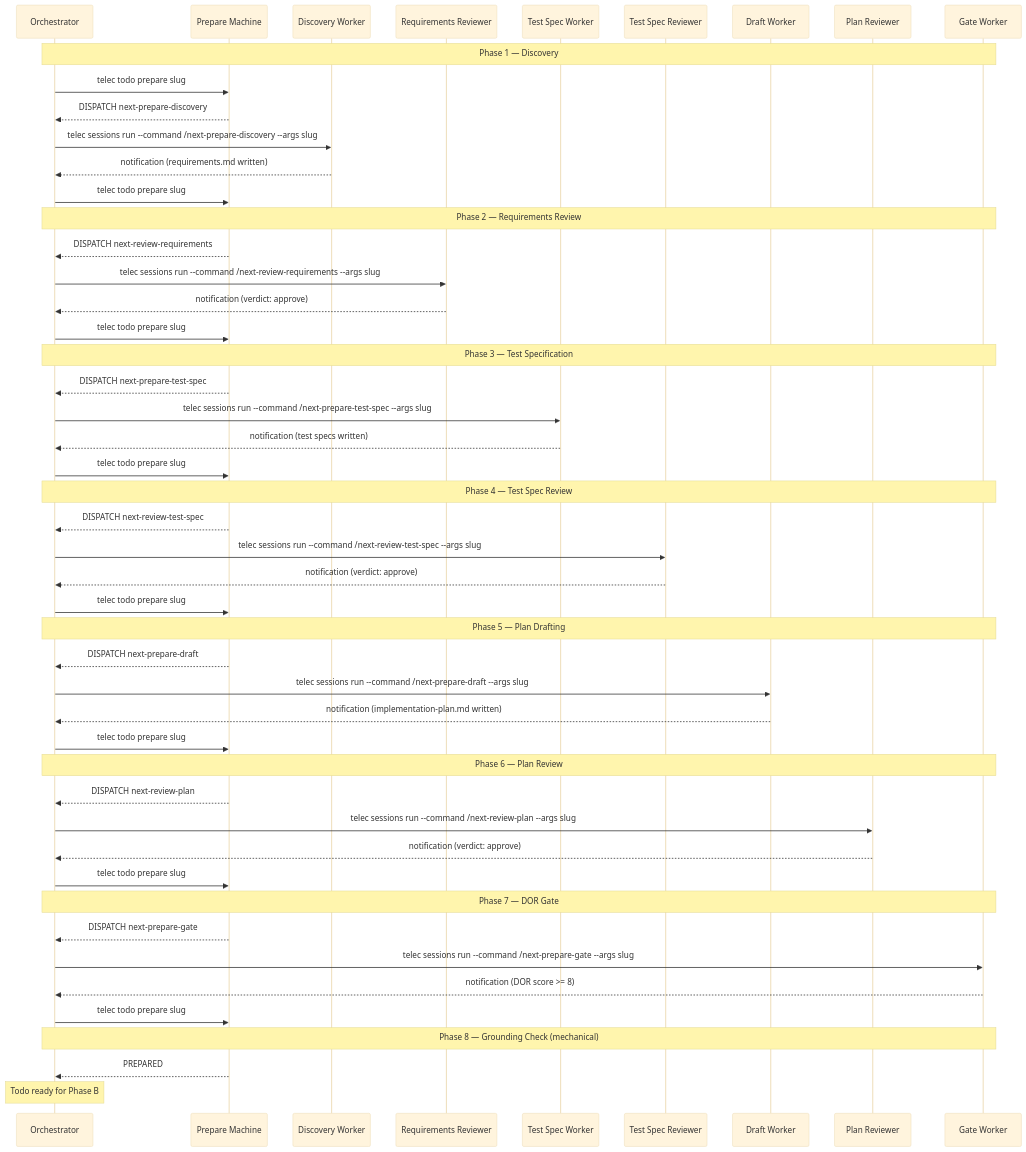
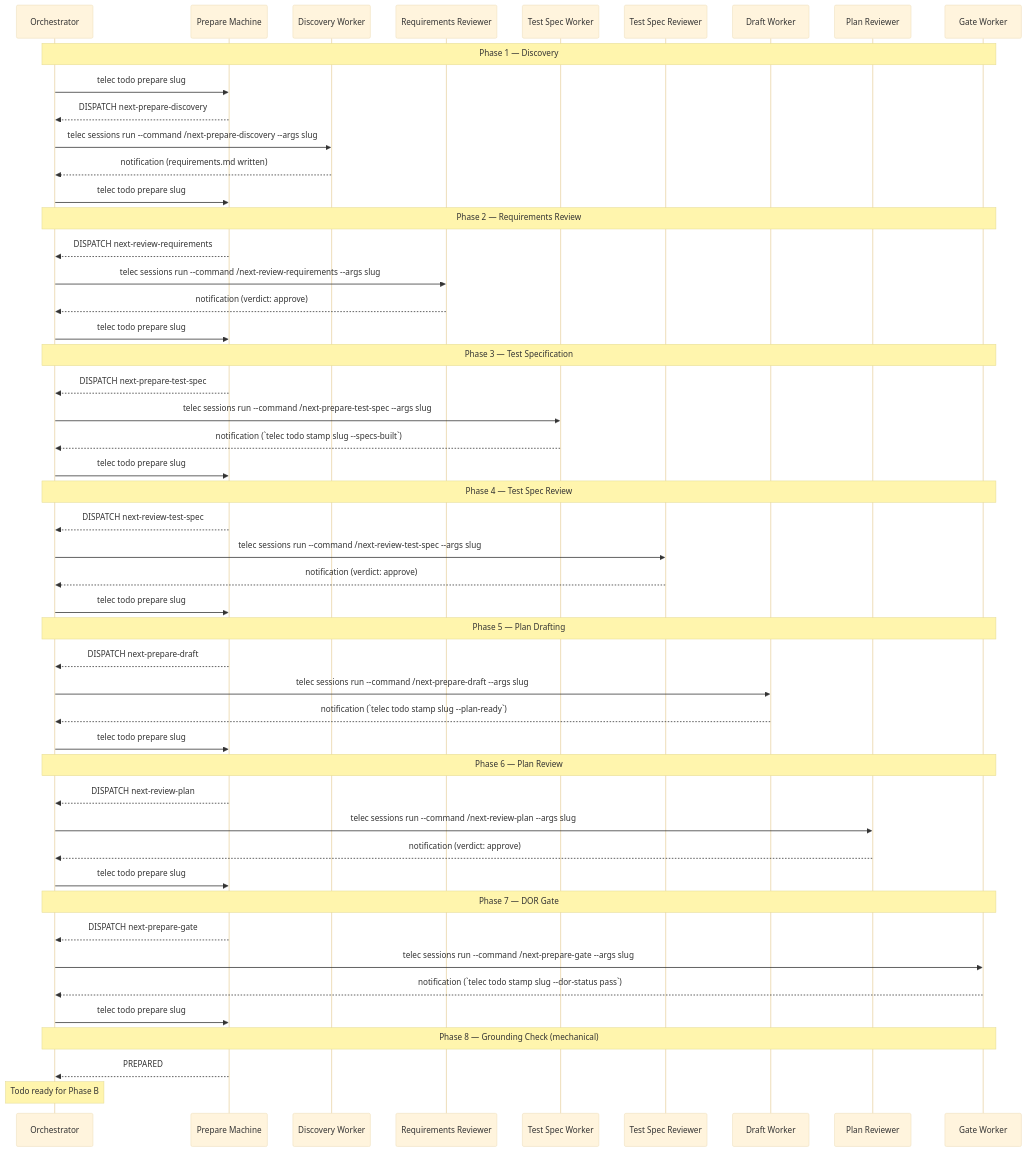
Before and after one commit to InstruktAI/TeleClaude: the third of 4 diagrams in docs/project/design/architecture/prepare-state-machine.md, drawn with Mermaid (base theme). The commit also changed other lines of this file and 23 other files, not shown here.

````diff
--- a/docs/project/design/architecture/prepare-state-machine.md
+++ b/docs/project/design/architecture/prepare-state-machine.md
@@ -224,59 +224,59 @@
 ```mermaid
 sequenceDiagram
     participant O as Orchestrator
     participant SM as Prepare Machine
     participant D as Discovery Worker
     participant RR as Requirements Reviewer
     participant TS as Test Spec Worker
     participant TSR as Test Spec Reviewer
     participant DR as Draft Worker
     participant PR as Plan Reviewer
     participant G as Gate Worker
 
     Note over O,G: Phase 1 — Discovery
     O->>SM: telec todo prepare slug
     SM-->>O: DISPATCH next-prepare-discovery
     O->>D: telec sessions run --command /next-prepare-discovery --args slug
     D-->>O: notification (requirements.md written)
     O->>SM: telec todo prepare slug
 
     Note over O,G: Phase 2 — Requirements Review
     SM-->>O: DISPATCH next-review-requirements
     O->>RR: telec sessions run --command /next-review-requirements --args slug
     RR-->>O: notification (verdict: approve)
     O->>SM: telec todo prepare slug
 
     Note over O,G: Phase 3 — Test Specification
     SM-->>O: DISPATCH next-prepare-test-spec
     O->>TS: telec sessions run --command /next-prepare-test-spec --args slug
-    TS-->>O: notification (test specs written)
+    TS-->>O: notification (`telec todo stamp slug --specs-built`)
     O->>SM: telec todo prepare slug
 
     Note over O,G: Phase 4 — Test Spec Review
     SM-->>O: DISPATCH next-review-test-spec
     O->>TSR: telec sessions run --command /next-review-test-spec --args slug
     TSR-->>O: notification (verdict: approve)
     O->>SM: telec todo prepare slug
 
     Note over O,G: Phase 5 — Plan Drafting
     SM-->>O: DISPATCH next-prepare-draft
     O->>DR: telec sessions run --command /next-prepare-draft --args slug
-    DR-->>O: notification (implementation-plan.md written)
+    DR-->>O: notification (`telec todo stamp slug --plan-ready`)
     O->>SM: telec todo prepare slug
 
     Note over O,G: Phase 6 — Plan Review
     SM-->>O: DISPATCH next-review-plan
     O->>PR: telec sessions run --command /next-review-plan --args slug
     PR-->>O: notification (verdict: approve)
     O->>SM: telec todo prepare slug
 
     Note over O,G: Phase 7 — DOR Gate
     SM-->>O: DISPATCH next-prepare-gate
     O->>G: telec sessions run --command /next-prepare-gate --args slug
-    G-->>O: notification (DOR score >= 8)
+    G-->>O: notification (`telec todo stamp slug --dor-status pass`)
     O->>SM: telec todo prepare slug
 
     Note over O,G: Phase 8 — Grounding Check (mechanical)
     SM-->>O: PREPARED
     Note over O: Todo ready for Phase B
 ```
````
